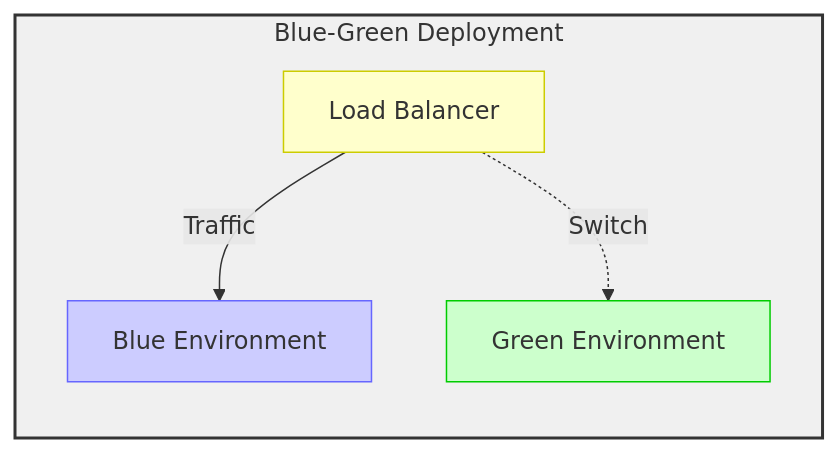
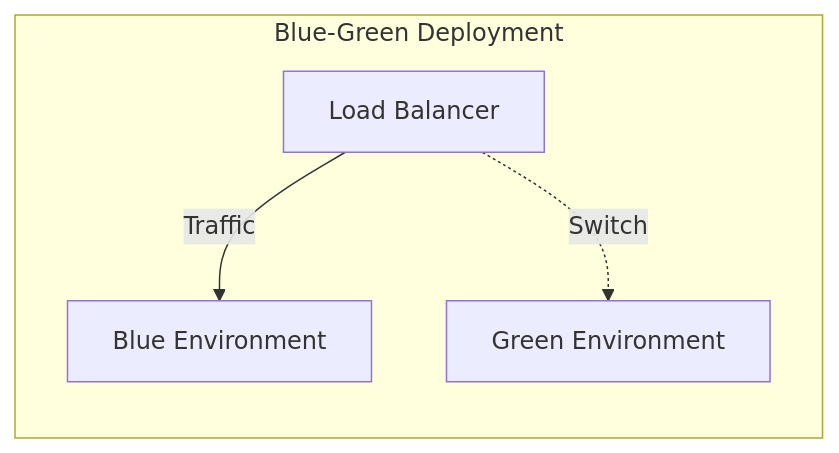
One commit to cloud104/tcloud-devops-k8s-operators-training changed the eighth of 9 diagrams in docs/extras/advanced-operator-patterns.md. Above: the diagram before and after it, drawn with Mermaid. The commit also changed other lines of this file and 6 other files, not shown here.

First line of the commit message:
docs: revisa material teorico, corrige APIs e melhora diagramas

````diff
--- a/docs/extras/advanced-operator-patterns.md
+++ b/docs/extras/advanced-operator-patterns.md
@@ -256,16 +234,11 @@
 ```mermaid
 flowchart LR
     subgraph BG ["Blue-Green Deployment"]
         BLUE["Blue Environment"]
         GREEN["Green Environment"]
         LB["Load Balancer"]
         
         LB -->|"Traffic"| BLUE
         LB -.->|"Switch"| GREEN
     end
-    
-    style BG fill:#f0f0f0,stroke:#333,stroke-width:2px
-    style BLUE fill:#ccccff,stroke:#6666ff
-    style GREEN fill:#ccffcc,stroke:#00cc00
-    style LB fill:#ffffcc,stroke:#cccc00
 ```
````
